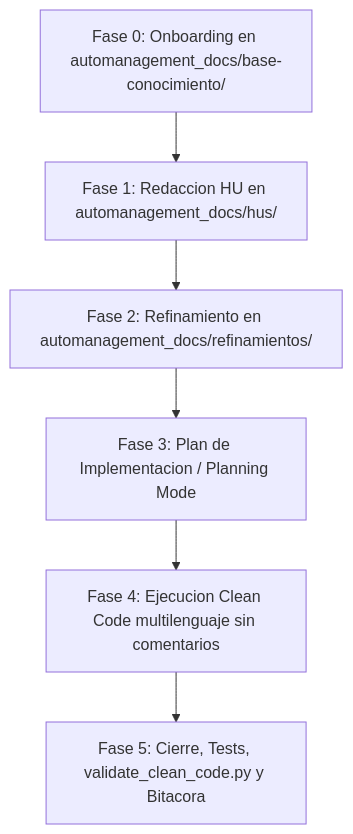
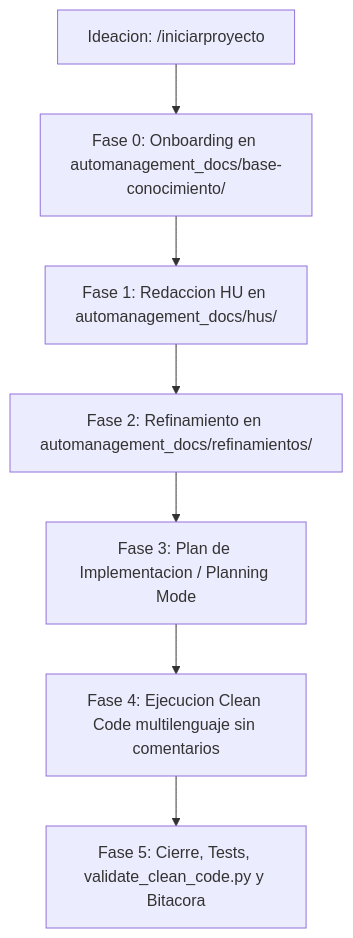
One commit to DanielHernandez627/skill_auto_management changed the diagram in SKILL.md. Above: the diagram before and after it, drawn with Mermaid. The commit also changed other lines of this file and 9 other files, not shown here.

````diff
--- a/SKILL.md
+++ b/SKILL.md
@@ -50,8 +52,9 @@
 ```mermaid
 graph TD
-    F0[Fase 0: Onboarding en automanagement_docs/base-conocimiento/] --> F1[Fase 1: Redaccion HU en automanagement_docs/hus/]
+    FG[Ideacion: /iniciarproyecto] --> F0[Fase 0: Onboarding en automanagement_docs/base-conocimiento/]
+    F0 --> F1[Fase 1: Redaccion HU en automanagement_docs/hus/]
     F1 --> F2[Fase 2: Refinamiento en automanagement_docs/refinamientos/]
     F2 --> F3[Fase 3: Plan de Implementacion / Planning Mode]
     F3 --> F4[Fase 4: Ejecucion Clean Code multilenguaje sin comentarios]
     F4 --> F5[Fase 5: Cierre, Tests, validate_clean_code.py y Bitacora]
 ```
````
